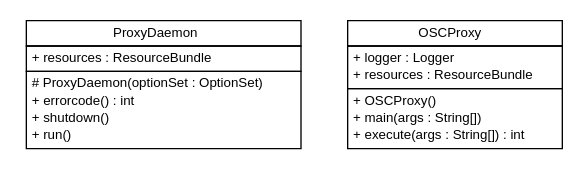
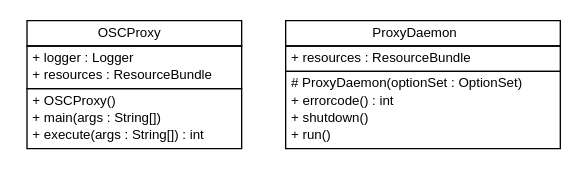
One commit to pcross616/lf-osc-proxy changed the diagram in apidocs/com/xley/lfosc/com.xley.lfosc.dot. Above: the diagram before and after it, drawn with Graphviz. The commit also changed 69 other files, not shown here.

```diff
--- a/apidocs/com/xley/lfosc/com.xley.lfosc.dot
+++ b/apidocs/com/xley/lfosc/com.xley.lfosc.dot
@@ -1,42 +1,42 @@
 #!/usr/local/bin/dot
 #
 # Class diagram 
 # Generated by UMLGraph version R5_6 (http://www.umlgraph.org/)
 #
 
 digraph G {
 	edge [fontname="Helvetica",fontsize=10,labelfontname="Helvetica",labelfontsize=10];
 	node [fontname="Helvetica",fontsize=10,shape=plaintext];
 	nodesep=0.25;
 	ranksep=0.5;
+	// com.xley.lfosc.OSCProxy
+	c10 [label=<<table title="com.xley.lfosc.OSCProxy" border="0" cellborder="1" cellspacing="0" cellpadding="2" port="p" href="./OSCProxy.html">
+		<tr><td><table border="0" cellspacing="0" cellpadding="1">
+<tr><td align="center" balign="center"> OSCProxy </td></tr>
+		</table></td></tr>
+		<tr><td><table border="0" cellspacing="0" cellpadding="1">
+<tr><td align="left" balign="left"> + logger : Logger </td></tr>
+<tr><td align="left" balign="left"> + resources : ResourceBundle </td></tr>
+		</table></td></tr>
+		<tr><td><table border="0" cellspacing="0" cellpadding="1">
+<tr><td align="left" balign="left"> + OSCProxy() </td></tr>
+<tr><td align="left" balign="left"> + main(args : String[]) </td></tr>
+<tr><td align="left" balign="left"> + execute(args : String[]) : int </td></tr>
+		</table></td></tr>
+		</table>>, URL="./OSCProxy.html", fontname="Helvetica", fontcolor="black", fontsize=10.0];
 	// com.xley.lfosc.ProxyDaemon
-	c0 [label=<<table title="com.xley.lfosc.ProxyDaemon" border="0" cellborder="1" cellspacing="0" cellpadding="2" port="p" href="./ProxyDaemon.html">
+	c11 [label=<<table title="com.xley.lfosc.ProxyDaemon" border="0" cellborder="1" cellspacing="0" cellpadding="2" port="p" href="./ProxyDaemon.html">
 		<tr><td><table border="0" cellspacing="0" cellpadding="1">
 <tr><td align="center" balign="center"> ProxyDaemon </td></tr>
 		</table></td></tr>
 		<tr><td><table border="0" cellspacing="0" cellpadding="1">
 <tr><td align="left" balign="left"> + resources : ResourceBundle </td></tr>
 		</table></td></tr>
 		<tr><td><table border="0" cellspacing="0" cellpadding="1">
 <tr><td align="left" balign="left"> # ProxyDaemon(optionSet : OptionSet) </td></tr>
 <tr><td align="left" balign="left"> + errorcode() : int </td></tr>
 <tr><td align="left" balign="left"> + shutdown() </td></tr>
 <tr><td align="left" balign="left"> + run() </td></tr>
 		</table></td></tr>
 		</table>>, URL="./ProxyDaemon.html", fontname="Helvetica", fontcolor="black", fontsize=10.0];
-	// com.xley.lfosc.OSCProxy
-	c1 [label=<<table title="com.xley.lfosc.OSCProxy" border="0" cellborder="1" cellspacing="0" cellpadding="2" port="p" href="./OSCProxy.html">
-		<tr><td><table border="0" cellspacing="0" cellpadding="1">
-<tr><td align="center" balign="center"> OSCProxy </td></tr>
-		</table></td></tr>
-		<tr><td><table border="0" cellspacing="0" cellpadding="1">
-<tr><td align="left" balign="left"> + logger : Logger </td></tr>
-<tr><td align="left" balign="left"> + resources : ResourceBundle </td></tr>
-		</table></td></tr>
-		<tr><td><table border="0" cellspacing="0" cellpadding="1">
-<tr><td align="left" balign="left"> + OSCProxy() </td></tr>
-<tr><td align="left" balign="left"> + main(args : String[]) </td></tr>
-<tr><td align="left" balign="left"> + execute(args : String[]) : int </td></tr>
-		</table></td></tr>
-		</table>>, URL="./OSCProxy.html", fontname="Helvetica", fontcolor="black", fontsize=10.0];
 }
```
